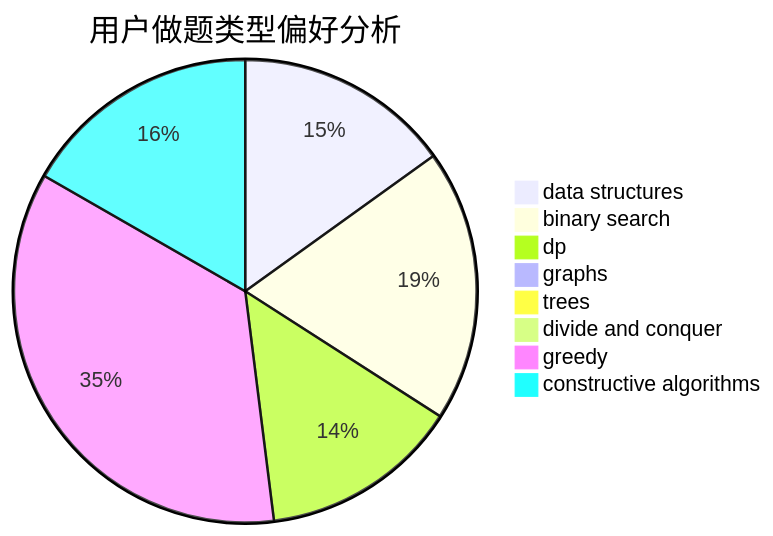
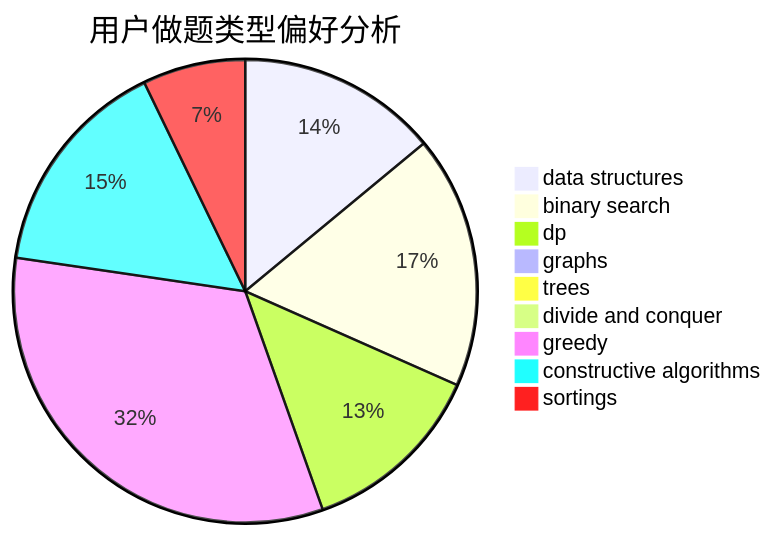
The second of 3 diagrams in docs/user/u185.md (sherpahu/cfrs.github.io), drawn with Mermaid before and after one commit. The commit also changed other lines of this file and 2769 other files, not shown here.

````diff
--- a/docs/user/u185.md
+++ b/docs/user/u185.md
@@ -23,11 +18,12 @@
 ```mermaid
 pie title 用户做题类型偏好分析
     "data structures" :  517
     "binary search" :  652
     "dp" :  478
     "graphs" :  30
     "trees" :  24
     "divide and conquer" :  0
     "greedy" :  1210
     "constructive algorithms" :  573
+    "sortings" :  265
 ```
````
